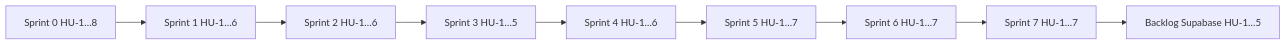
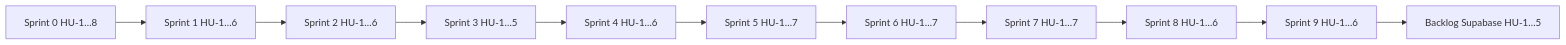
One commit to rubegonzalezc/proyecto-desk changed the diagram in docs/ROADMAP.md. Above: the diagram before and after it, drawn with Mermaid. The commit also changed other lines of this file and 3 other files, not shown here.

````diff
--- a/docs/ROADMAP.md
+++ b/docs/ROADMAP.md
@@ -1208,11 +1244,13 @@
 ```mermaid
 flowchart LR
     S0[Sprint 0 HU-1…8] --> S1[Sprint 1 HU-1…6]
     S1 --> S2[Sprint 2 HU-1…6]
     S2 --> S3[Sprint 3 HU-1…5]
     S3 --> S4[Sprint 4 HU-1…6]
     S4 --> S5[Sprint 5 HU-1…7]
     S5 --> S6[Sprint 6 HU-1…7]
     S6 --> S7[Sprint 7 HU-1…7]
-    S7 --> SB[Backlog Supabase HU-1…5]
+    S7 --> S8[Sprint 8 HU-1…6]
+    S8 --> S9[Sprint 9 HU-1…6]
+    S9 --> SB[Backlog Supabase HU-1…5]
 ```
````
